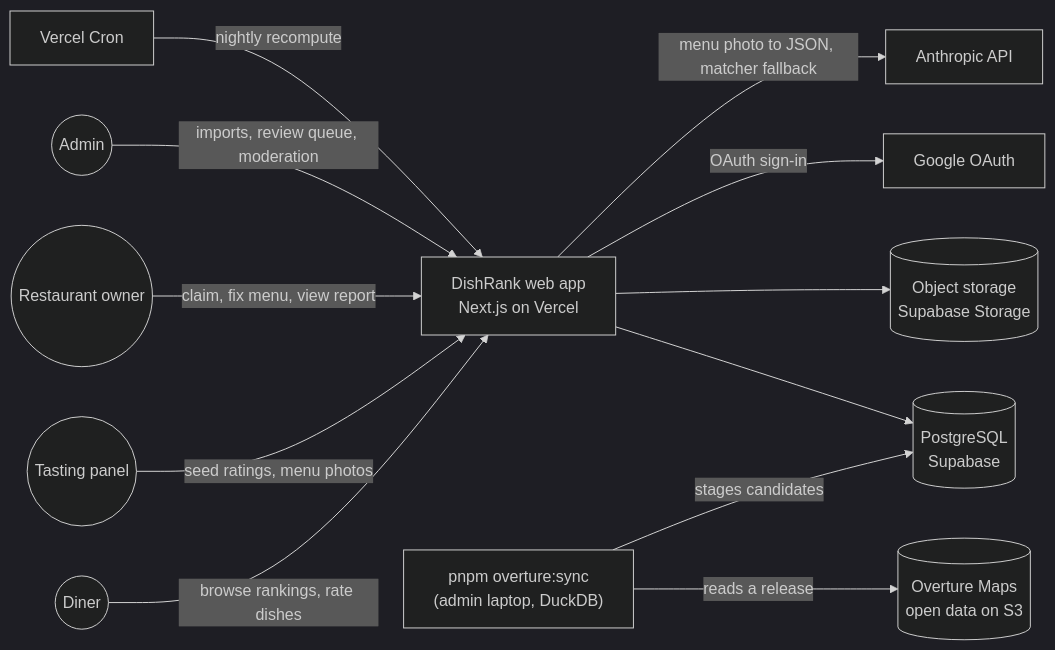
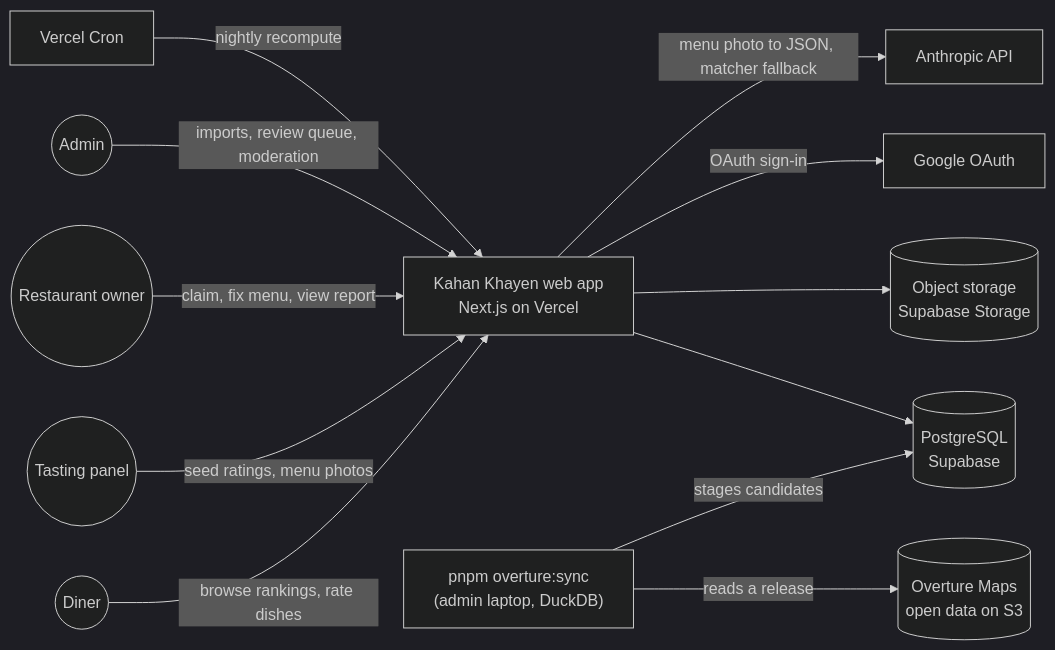
One commit to JawadSarfraz/dishrank changed the diagram in docs/diagrams/system-context.mmd. Above: the diagram before and after it, drawn with Mermaid (dark theme). The commit also changed 12 other files, not shown here.

First line of the commit message:
docs: Kahan Khayen in the docs and README; the new wordmark in the design system

```diff
--- a/docs/diagrams/system-context.mmd
+++ b/docs/diagrams/system-context.mmd
@@ -1,12 +1,12 @@
 flowchart LR
-  Diner((Diner)) -->|browse rankings, rate dishes| App["DishRank web app<br/>Next.js on Vercel"]
+  Diner((Diner)) -->|browse rankings, rate dishes| App["Kahan Khayen web app<br/>Next.js on Vercel"]
   Panel((Tasting panel)) -->|seed ratings, menu photos| App
   Owner((Restaurant owner)) -->|claim, fix menu, view report| App
   Admin((Admin)) -->|imports, review queue, moderation| App
   App --> DB[("PostgreSQL<br/>Supabase")]
   App --> Store[("Object storage<br/>Supabase Storage")]
   App -->|OAuth sign-in| GAuth["Google OAuth"]
   App -->|menu photo to JSON, matcher fallback| LLM["Anthropic API"]
   Sync["pnpm overture:sync<br/>(admin laptop, DuckDB)"] -->|reads a release| Overture[("Overture Maps<br/>open data on S3")]
   Sync -->|stages candidates| DB
   Cron["Vercel Cron"] -->|nightly recompute| App
```
